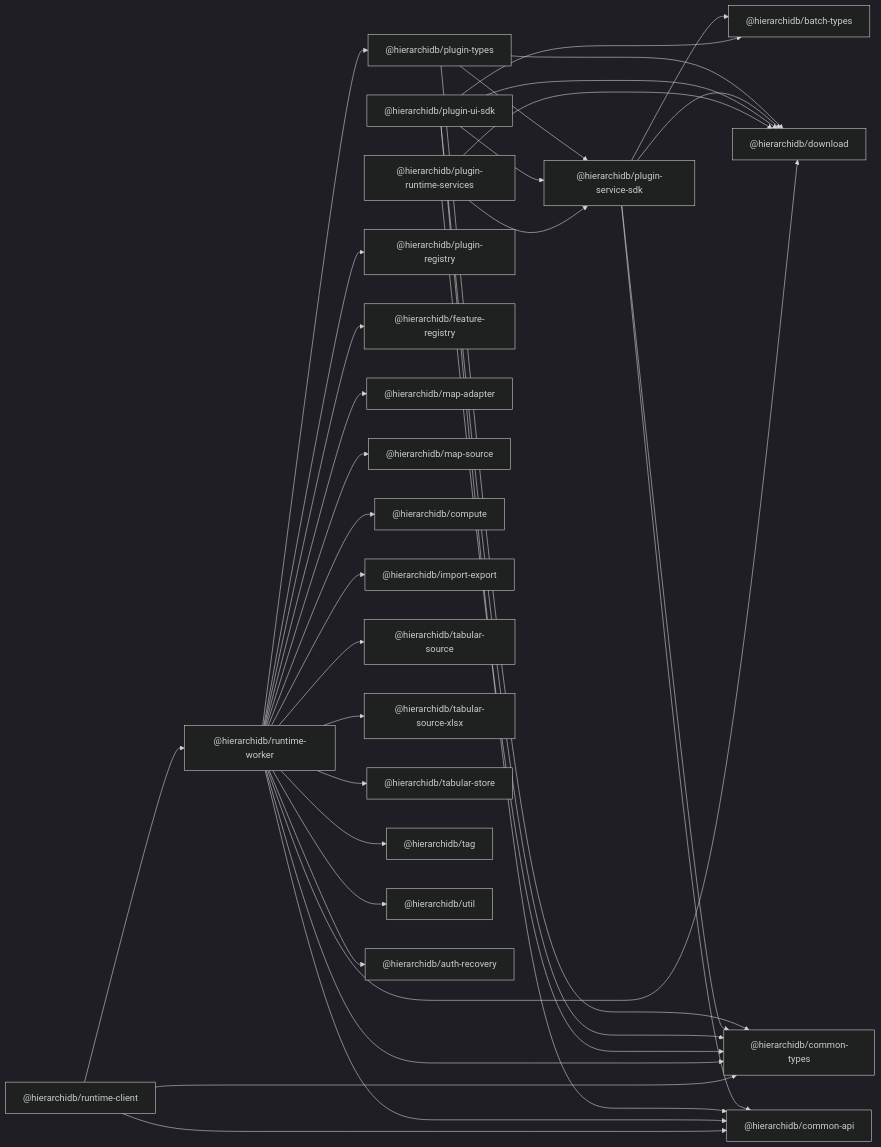
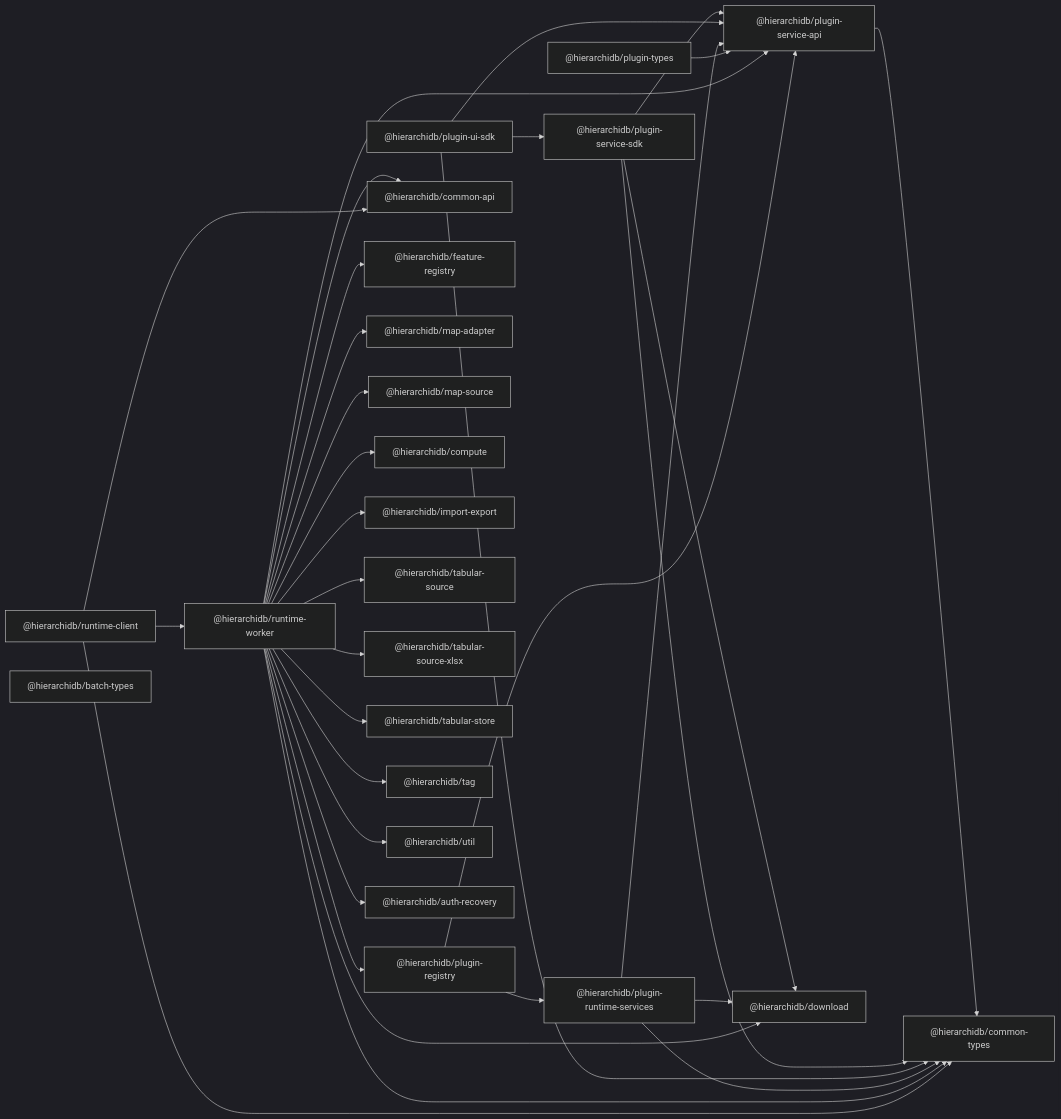
Before and after one commit to kubohiroya/hierarchidb: the diagram in docs/plugin-core-deps.md, drawn with Mermaid (dark theme). The commit also changed 326 other files, not shown here.

````diff
--- a/docs/plugin-core-deps.md
+++ b/docs/plugin-core-deps.md
@@ -1,72 +1,73 @@
 ```mermaid
 graph LR
   %% Core SDK layer
-  PTS["@hierarchidb/plugin-types"]
+  PSA["@hierarchidb/plugin-service-api"]
   PSS["@hierarchidb/plugin-service-sdk"]
   PUI["@hierarchidb/plugin-ui-sdk"]
   PRS["@hierarchidb/plugin-runtime-services"]
+  PTS["@hierarchidb/plugin-types"]
   PR["@hierarchidb/plugin-registry"]
 
   %% Runtime consumers
   RW["@hierarchidb/runtime-worker"]
   RC["@hierarchidb/runtime-client"]
 
   %% Shared libraries (light nodes)
   CT["@hierarchidb/common-types"]
   CA["@hierarchidb/common-api"]
   BT["@hierarchidb/batch-types"]
   DL["@hierarchidb/download"]
   FR["@hierarchidb/feature-registry"]
   MAP["@hierarchidb/map-adapter"]
   MS["@hierarchidb/map-source"]
   CMP["@hierarchidb/compute"]
   IE["@hierarchidb/import-export"]
   TS["@hierarchidb/tabular-source"]
   TSX["@hierarchidb/tabular-source-xlsx"]
   TST["@hierarchidb/tabular-store"]
   TAG["@hierarchidb/tag"]
   UTIL["@hierarchidb/util"]
   AUTH["@hierarchidb/auth-recovery"]
 
   %% Edges from core SDK packages
-  PTS --> PSS
-  PTS --> CT
-  PTS --> DL
+  PSA --> CT
 
+  PSS --> PSA
   PSS --> CT
-  PSS --> CA
-  PSS --> BT
   PSS --> DL
 
   PUI --> PSS
+  PUI --> PSA
   PUI --> CT
-  PUI --> CA
-  PUI --> BT
-  PUI --> DL
 
-  PRS --> PSS
+  PRS --> PSA
   PRS --> CT
   PRS --> DL
 
+  PTS --> PSA
+
   %% Runtime dependencies
   RW --> PR
-  RW --> PTS
+  RW --> PSA
   RW --> CA
   RW --> CT
   RW --> FR
   RW --> MAP
   RW --> MS
   RW --> CMP
   RW --> IE
   RW --> DL
   RW --> TS
   RW --> TSX
   RW --> TST
   RW --> TAG
   RW --> UTIL
   RW --> AUTH
 
   RC --> RW
   RC --> CA
   RC --> CT
+
+  PR --> PSA
+  PR --> PRS
 ```
````
